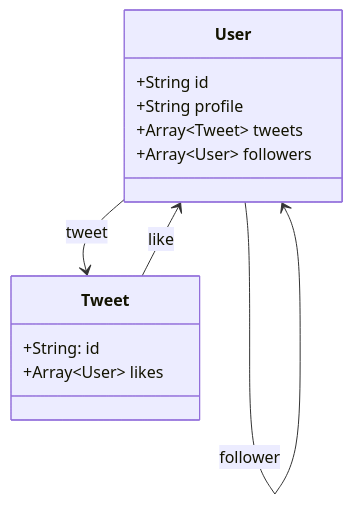
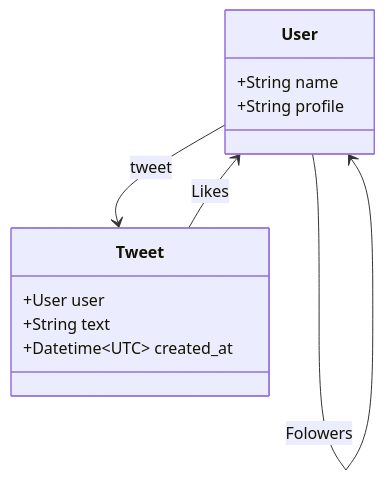
Before and after one commit to uminus/twitter-clone: the diagram in README.md, drawn with Mermaid. The commit also changed other lines of this file and 9 other files, not shown here.

````diff
--- a/README.md
+++ b/README.md
@@ -16,17 +17,16 @@
 ```mermaid
 classDiagram
   class User {
-    +String id
+    +String name
     +String profile
-    +Array~Tweet~ tweets
-    +Array~User~ followers
   }
   class Tweet {
-    +String: id
-    +Array~User~ likes
+    +User user
+    +String text
+    +Datetime~UTC~ created_at
   }
 
   User --> Tweet: tweet
-  Tweet --> User: like
-  User --> User: follower
+  Tweet --> User: Likes
+  User --> User: Folowers
 ```
````
